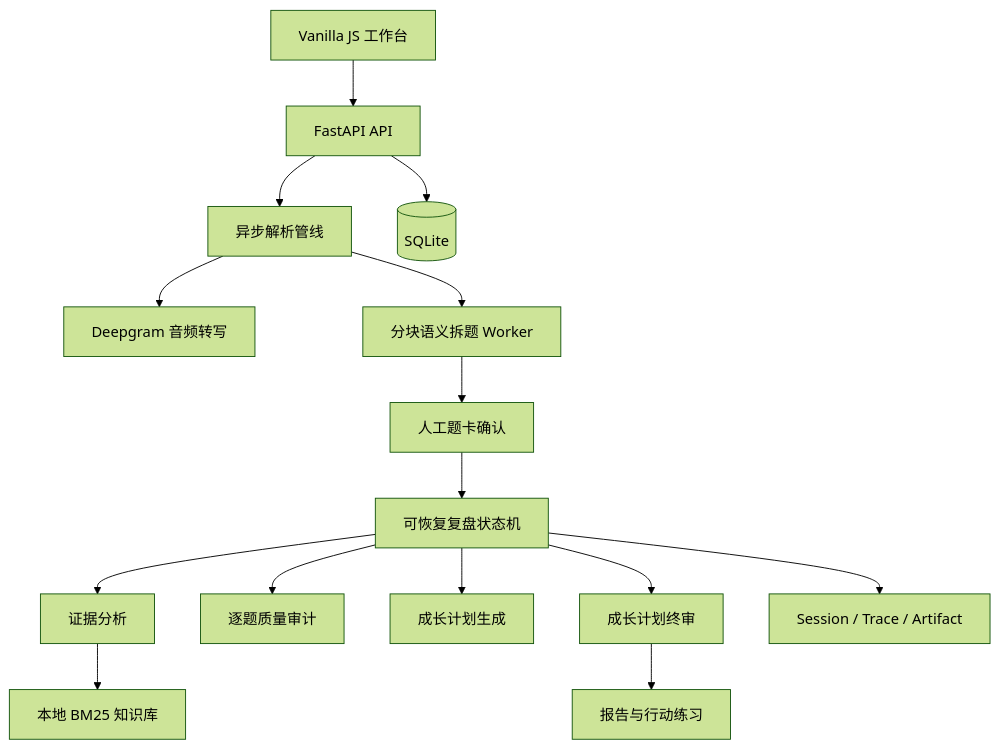
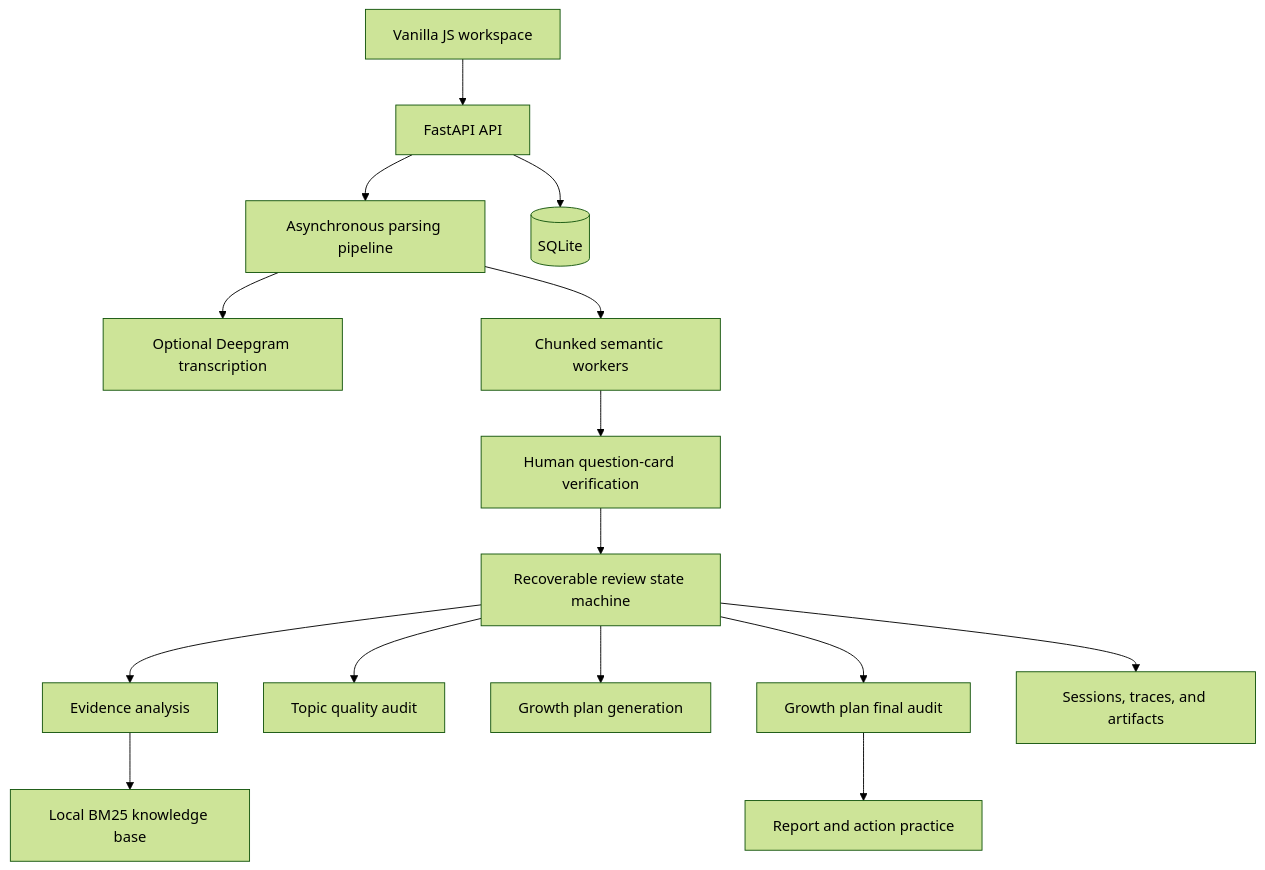
Before and after one commit to HAPPYY2003/interview-review-assistant: the second of 2 diagrams in README.md, drawn with Mermaid (forest theme). The commit also changed other lines of this file and 18 other files, not shown here.

````diff
--- a/README.md
+++ b/README.md
@@ -147,17 +218,17 @@
 ```mermaid
 flowchart TD
-    UI[Vanilla JS 工作台] --> API[FastAPI API]
-    API --> PARSE[异步解析管线]
-    PARSE --> ASR[Deepgram 音频转写]
-    PARSE --> WORKERS[分块语义拆题 Worker]
-    WORKERS --> HITL[人工题卡确认]
-    HITL --> WF[可恢复复盘状态机]
-    WF --> EVIDENCE[证据分析]
-    WF --> AUDIT[逐题质量审计]
-    WF --> GROWTH[成长计划生成]
-    WF --> FINAL_AUDIT[成长计划终审]
-    FINAL_AUDIT --> REPORT[报告与行动练习]
+    UI[Vanilla JS workspace] --> API[FastAPI API]
+    API --> PARSE[Asynchronous parsing pipeline]
+    PARSE --> ASR[Optional Deepgram transcription]
+    PARSE --> WORKERS[Chunked semantic workers]
+    WORKERS --> HITL[Human question-card verification]
+    HITL --> WF[Recoverable review state machine]
+    WF --> EVIDENCE[Evidence analysis]
+    WF --> AUDIT[Topic quality audit]
+    WF --> GROWTH[Growth plan generation]
+    WF --> FINAL_AUDIT[Growth plan final audit]
+    FINAL_AUDIT --> REPORT[Report and action practice]
     API --> DB[(SQLite)]
-    WF --> TRACE[Session / Trace / Artifact]
-    EVIDENCE --> KB[本地 BM25 知识库]
+    WF --> TRACE[Sessions, traces, and artifacts]
+    EVIDENCE --> KB[Local BM25 knowledge base]
 ```
````
